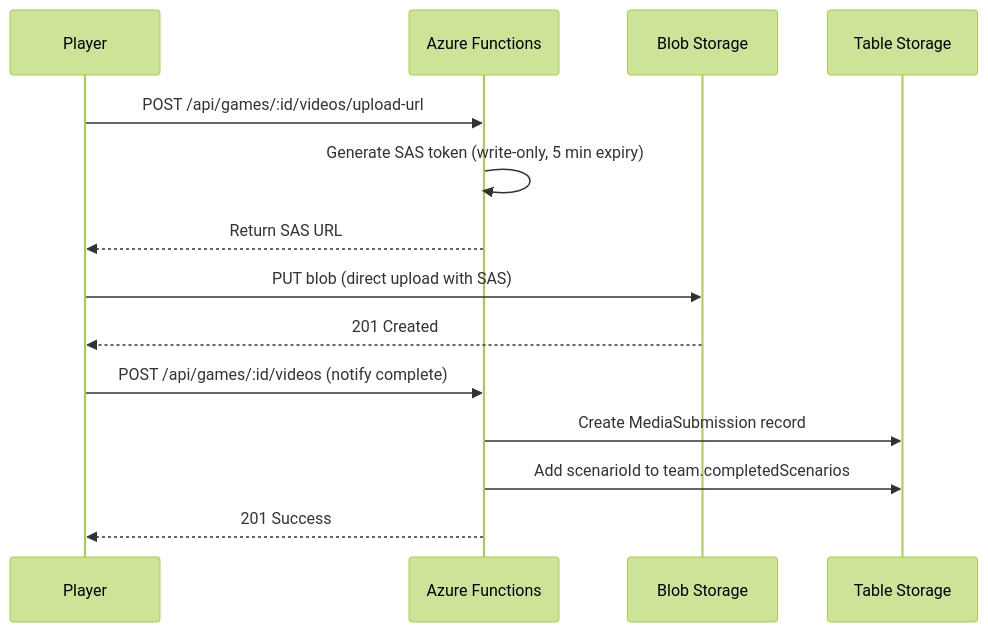
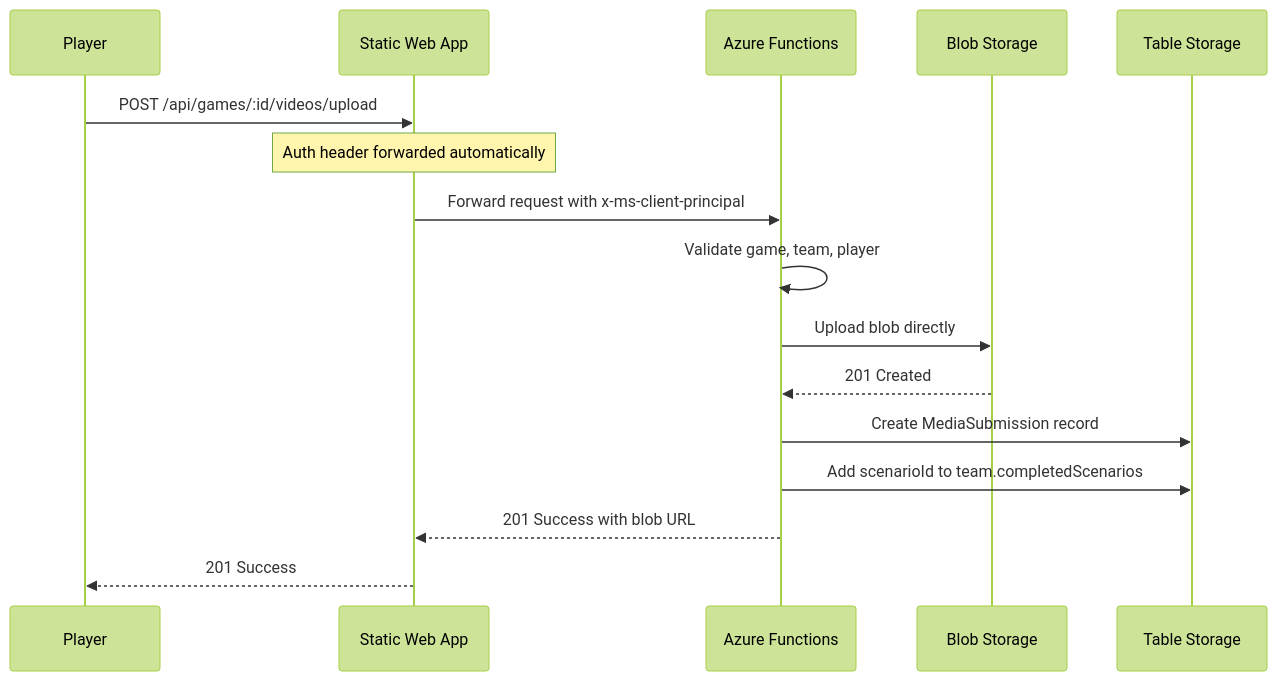
The third of 3 diagrams in docs/STORAGE.md (kurtzeborn/scavenger-hunt), drawn with Mermaid (forest theme) before and after one commit. The commit also changed other lines of this file and 2 other files, not shown here.

Commit message:
Update docs to reflect deployed architecture: SWA Standard, linked backend, proxied uploads

````diff
--- a/docs/STORAGE.md
+++ b/docs/STORAGE.md
@@ -152,19 +161,19 @@
 ```mermaid
 sequenceDiagram
     participant Player
+    participant SWA as Static Web App
     participant API as Azure Functions
     participant Blob as Blob Storage
     participant Table as Table Storage
 
-    Player->>API: POST /api/games/:id/videos/upload-url
-    API->>API: Generate SAS token (write-only, 5 min expiry)
-    API-->>Player: Return SAS URL
-
-    Player->>Blob: PUT blob (direct upload with SAS)
-    Blob-->>Player: 201 Created
-
-    Player->>API: POST /api/games/:id/videos (notify complete)
+    Player->>SWA: POST /api/games/:id/videos/upload
+    Note over SWA: Auth header forwarded automatically
+    SWA->>API: Forward request with x-ms-client-principal
+    API->>API: Validate game, team, player
+    API->>Blob: Upload blob directly
+    Blob-->>API: 201 Created
     API->>Table: Create MediaSubmission record
     API->>Table: Add scenarioId to team.completedScenarios
-    API-->>Player: 201 Success
+    API-->>SWA: 201 Success with blob URL
+    SWA-->>Player: 201 Success
 ```
````
